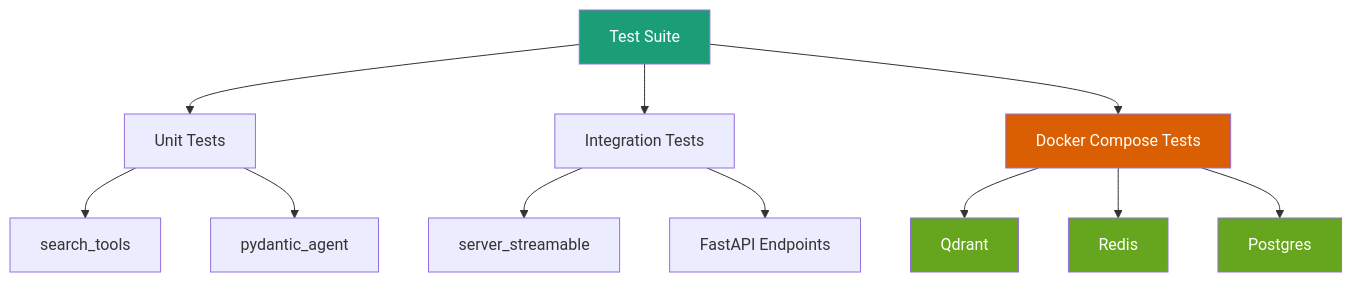
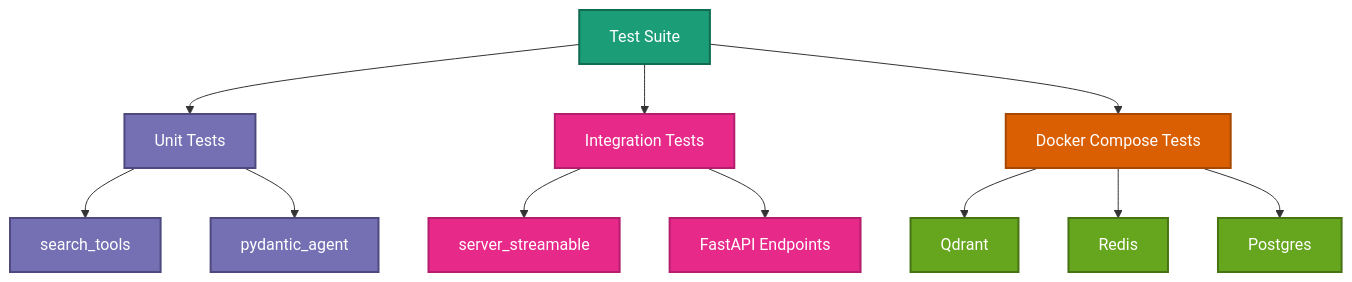
Before and after one commit to vishnu2kmohan/mcp-server-langgraph: the diagram in docs/releases/v2-8-0.mdx, drawn with Mermaid. The commit also changed 9 other files, not shown here.

First line of the commit message:
style: apply ColorBrewer2 Dark2 palette to all remaining diagrams

````diff
--- a/docs/releases/v2-8-0.mdx
+++ b/docs/releases/v2-8-0.mdx
@@ -332,22 +332,29 @@
 ```mermaid
 graph TB
     A[Test Suite] --> B[Unit Tests]
     A --> C[Integration Tests]
     A --> D[Docker Compose Tests]
 
     B --> E[search_tools]
     B --> F[pydantic_agent]
 
     C --> G[server_streamable]
     C --> H[FastAPI Endpoints]
 
     D --> I[Qdrant]
     D --> J[Redis]
     D --> K[Postgres]
 
-    style A fill:#1b9e77,color:#fff
-    style D fill:#d95f02,color:#fff
-    style I fill:#66a61e,color:#fff
-    style J fill:#66a61e,color:#fff
-    style K fill:#66a61e,color:#fff
+    %% ColorBrewer2 Dark2 palette styling
+    classDef suiteStyle fill:#1b9e77,stroke:#116b52,stroke-width:2px,color:#fff
+    classDef unitStyle fill:#7570b3,stroke:#4e4a7f,stroke-width:2px,color:#fff
+    classDef integrationStyle fill:#e7298a,stroke:#b31e6d,stroke-width:2px,color:#fff
+    classDef dockerStyle fill:#d95f02,stroke:#a64801,stroke-width:2px,color:#fff
+    classDef serviceStyle fill:#66a61e,stroke:#477315,stroke-width:2px,color:#fff
+
+    class A suiteStyle
+    class B,E,F unitStyle
+    class C,G,H integrationStyle
+    class D dockerStyle
+    class I,J,K serviceStyle
 ```
````
